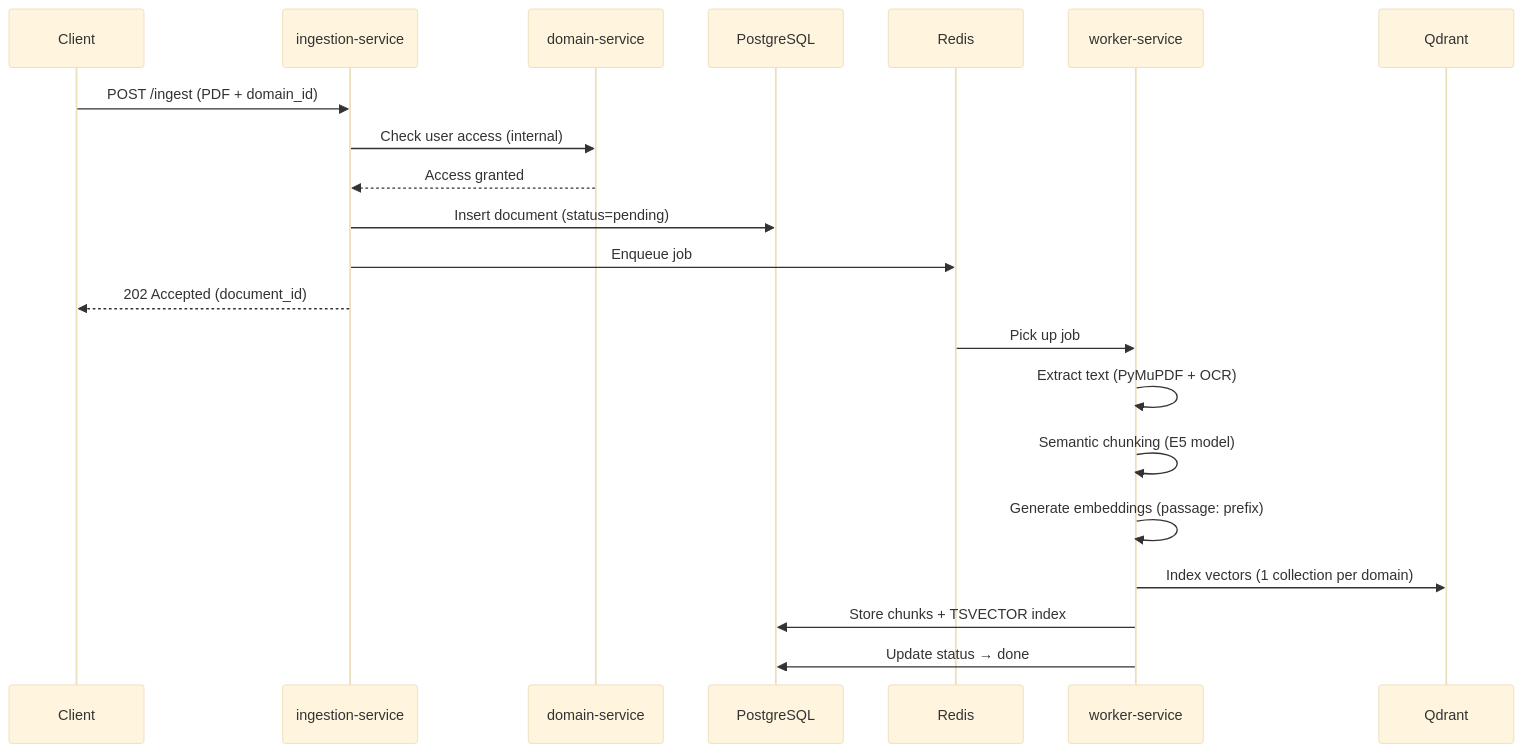
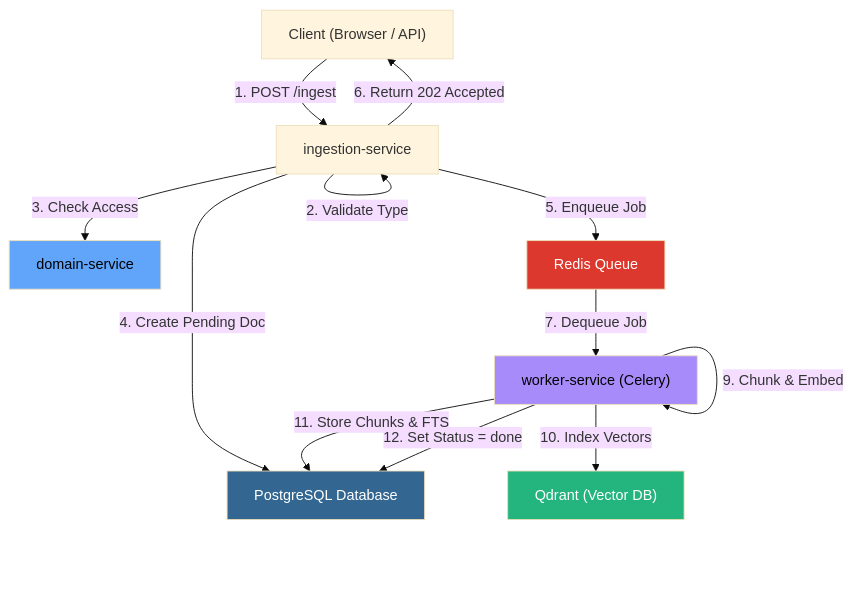
The third of 6 diagrams in README.md (Kyrollo/Chatbot-Fixed-Solutions-Rag-System), drawn with Mermaid (base theme) before and after one commit. The commit also changed other lines of this file and 23 other files, not shown here.

First line of the commit message:
feat/sprint2: implement multi-format ingestion, citation schemas, and retrieval RBAC

````diff
--- a/README.md
+++ b/README.md
@@ -212,26 +228,30 @@
 ```mermaid
-sequenceDiagram
-    participant C as Client
-    participant IS as ingestion-service
-    participant DS as domain-service
-    participant PG as PostgreSQL
-    participant RD as Redis
-    participant WS as worker-service
-    participant QD as Qdrant
+flowchart TD
+    Client["Client (Browser / API)"]
+    IS["ingestion-service"]
+    DS["domain-service"]
+    RD["Redis Queue"]
+    PG["PostgreSQL Database"]
+    WS["worker-service (Celery)"]
+    QD["Qdrant (Vector DB)"]
 
-    C->>IS: POST /ingest (PDF + domain_id)
-    IS->>DS: Check user access (internal)
-    DS-->>IS: Access granted
+    Client -->|1. POST /ingest| IS
+    IS -->|2. Validate Type| IS
+    IS -->|3. Check Access| DS
+    IS -->|4. Create Pending Doc| PG
+    IS -->|5. Enqueue Job| RD
+    IS -->|6. Return 202 Accepted| Client
 
-    IS->>PG: Insert document (status=pending)
-    IS->>RD: Enqueue job
-    IS-->>C: 202 Accepted (document_id)
+    RD -->|7. Dequeue Job| WS
+    WS -->|8. Extract Text| WS
+    WS -->|9. Chunk & Embed| WS
+    WS -->|10. Index Vectors| QD
+    WS -->|11. Store Chunks & FTS| PG
+    WS -->|12. Set Status = done| PG
 
-    RD->>WS: Pick up job
-    WS->>WS: Extract text (PyMuPDF + OCR)
-    WS->>WS: Semantic chunking (E5 model)
-    WS->>WS: Generate embeddings (passage: prefix)
-    WS->>QD: Index vectors (1 collection per domain)
-    WS->>PG: Store chunks + TSVECTOR index
-    WS->>PG: Update status → done
+    style DS fill:#60a5fa,color:#000
+    style RD fill:#dc382d,color:#fff
+    style PG fill:#336791,color:#fff
+    style QD fill:#24b47e,color:#fff
+    style WS fill:#a78bfa,color:#000
 ```
````
